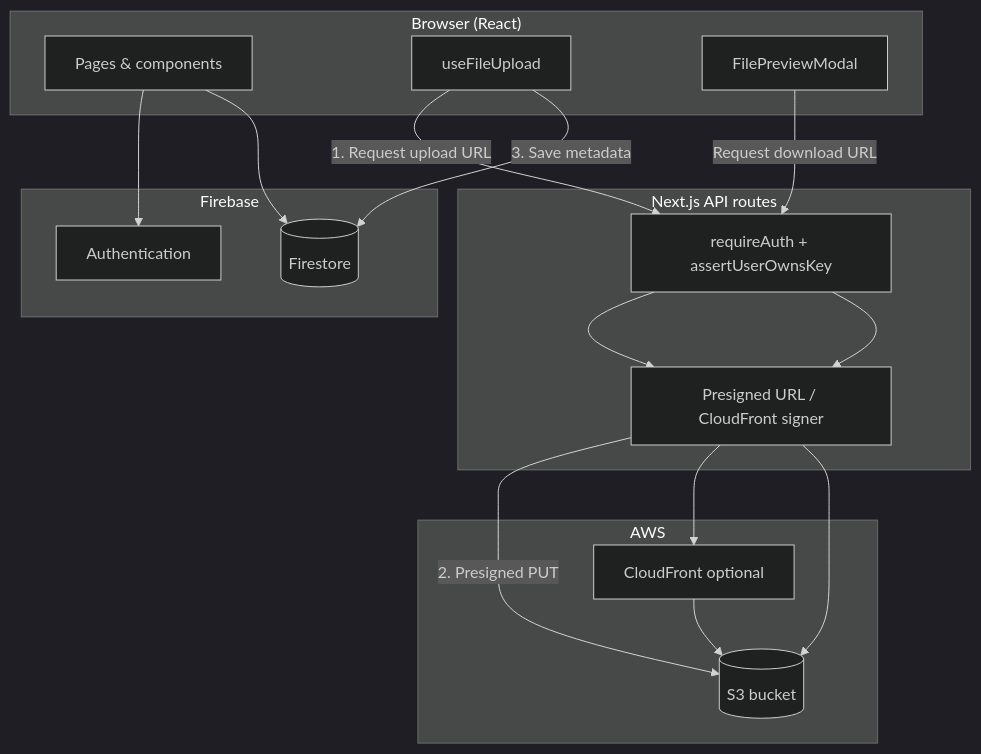
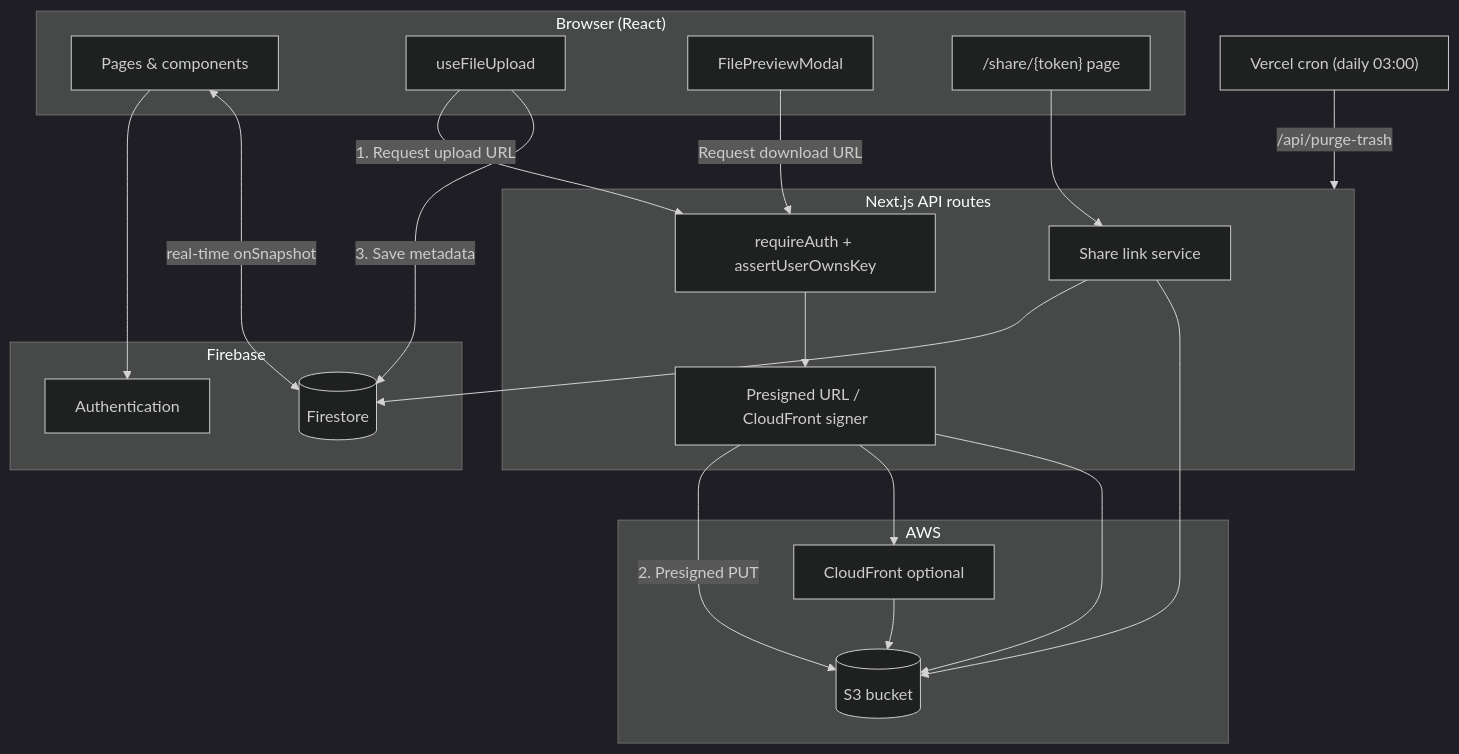
One commit to Mayankkatheriya/google-drive-clone changed the diagram in README.md. Above: the diagram before and after it, drawn with Mermaid (dark theme). The commit also changed other lines of this file and 15 other files, not shown here.

````diff
--- a/README.md
+++ b/README.md
@@ -45,35 +81,42 @@
 ```mermaid
 flowchart TB
   subgraph Client["Browser (React)"]
     UI[Pages & components]
     Upload[useFileUpload]
     Preview[FilePreviewModal]
+    SharePage["/share/{token} page"]
   end
 
   subgraph Firebase["Firebase"]
     Auth[Authentication]
     FS[(Firestore)]
   end
 
   subgraph Server["Next.js API routes"]
     AuthZ[requireAuth + assertUserOwnsKey]
     Sign[Presigned URL / CloudFront signer]
+    Share[Share link service]
   end
 
   subgraph AWS["AWS"]
     S3[(S3 bucket)]
     CF[CloudFront optional]
   end
 
+  Cron["Vercel cron (daily 03:00)"]
+
   UI --> Auth
-  UI --> FS
+  UI <-->|real-time onSnapshot| FS
   Upload -->|1. Request upload URL| AuthZ
   AuthZ --> Sign
   Sign -->|2. Presigned PUT| S3
   Upload -->|3. Save metadata| FS
   Preview -->|Request download URL| AuthZ
-  AuthZ --> Sign
   Sign --> CF
   CF --> S3
   Sign --> S3
+  SharePage --> Share
+  Share --> FS
+  Share --> S3
+  Cron -->|/api/purge-trash| Server
 ```
````
